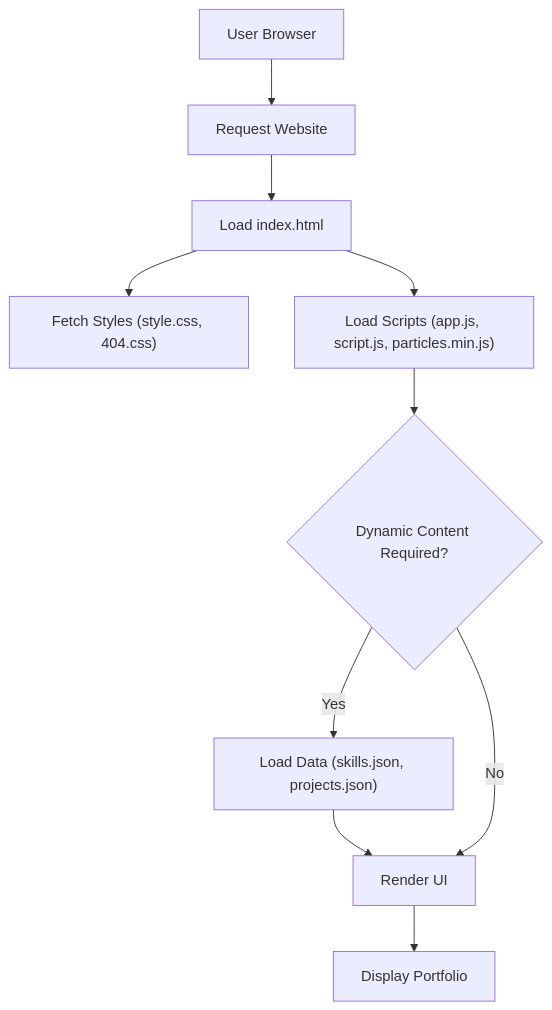
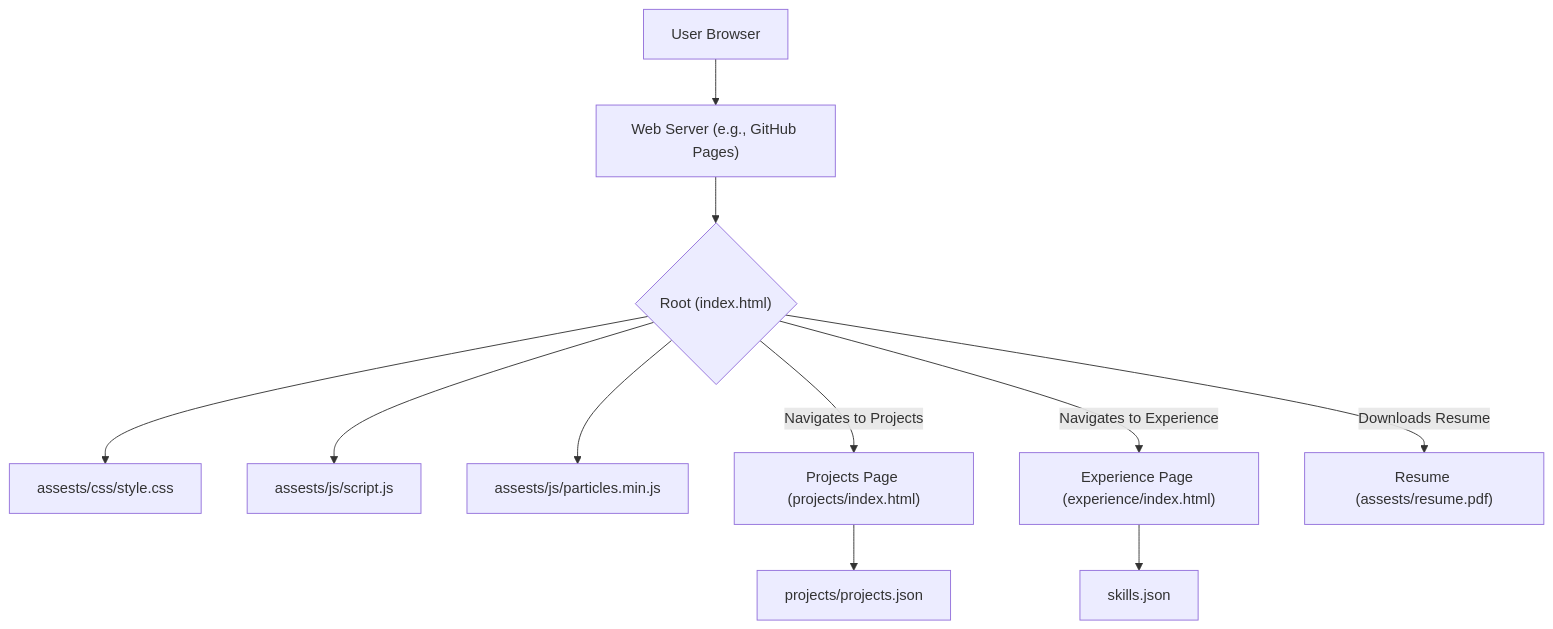
Before and after one commit to helper-one/portfolio_website: the diagram in README.md, drawn with Mermaid. The commit also changed other lines of this file, not shown here.

````diff
--- a/README.md
+++ b/README.md
@@ -49,12 +44,13 @@
 ```mermaid
 graph TD
-    A["User Browser"] --> B["Request Website"];
-    B --> C["Load index.html"];
-    C --> D["Fetch Styles (style.css, 404.css)"];
-    C --> E["Load Scripts (app.js, script.js, particles.min.js)"];
-    E --> F{"Dynamic Content Required?"};
-    F -- Yes --> G["Load Data (skills.json, projects.json)"];
-    G --> H["Render UI"];
-    F -- No --> H;
-    H --> I["Display Portfolio"];
+    A["User Browser"] --> B["Web Server (e.g., GitHub Pages)"];
+    B --> C{"Root (index.html)"};
+    C --> D[" assests/css/style.css "];
+    C --> E[" assests/js/script.js "];
+    C --> F[" assests/js/particles.min.js "];
+    C -- "Navigates to Projects" --> G["Projects Page (projects/index.html)"];
+    C -- "Navigates to Experience" --> H["Experience Page (experience/index.html)"];
+    C -- "Downloads Resume" --> I["Resume (assests/resume.pdf)"];
+    G --> J[" projects/projects.json "];
+    H --> K[" skills.json "];
 ```
````
